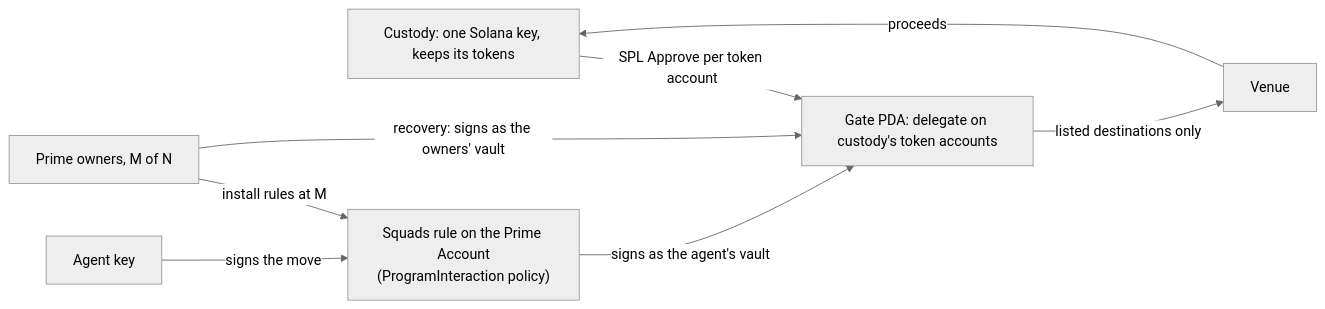
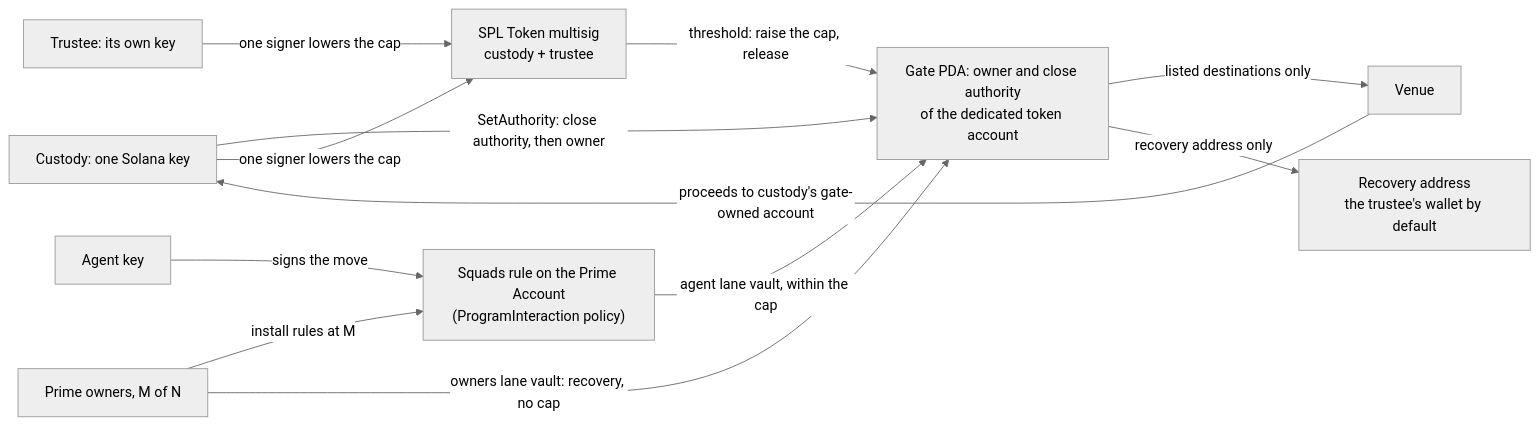
Before and after one commit to untangledfinance/oz-policy-builder: the eighth of 9 diagrams in contracts/prime-session/ARCHITECTURE.md, drawn with Mermaid (neutral theme). The commit also changed other lines of this file and 61 other files, not shown here.

First line of the commit message:
feat(prime-session): gate-owned Solana custody gate, devnet run of prime-session

````diff
--- a/contracts/prime-session/ARCHITECTURE.md
+++ b/contracts/prime-session/ARCHITECTURE.md
@@ -521,16 +523,23 @@
 ```mermaid
 flowchart LR
-  C["Custody: one Solana key, keeps its tokens"]
-  G["Gate PDA: delegate on custody's token accounts"]
+  C["Custody: one Solana key"]
+  TR["Trustee: its own key"]
+  M["SPL Token multisig<br/>custody + trustee"]
+  G["Gate PDA: owner and close authority<br/>of the dedicated token account"]
   Q["Squads rule on the Prime Account<br/>(ProgramInteraction policy)"]
   A[Agent key]
   O["Prime owners, M of N"]
   V[Venue]
-  C -- "SPL Approve per token account" --> G
+  R["Recovery address<br/>the trustee's wallet by default"]
+  C -- "SetAuthority: close authority, then owner" --> G
+  C -- "one signer lowers the cap" --> M
+  TR -- "one signer lowers the cap" --> M
+  M -- "threshold: raise the cap, release" --> G
   O -- "install rules at M" --> Q
   A -- "signs the move" --> Q
-  Q -- "signs as the agent's vault" --> G
-  O -- "recovery: signs as the owners' vault" --> G
+  Q -- "agent lane vault, within the cap" --> G
+  O -- "owners lane vault: recovery, no cap" --> G
   G -- "listed destinations only" --> V
-  V -- "proceeds" --> C
+  V -- "proceeds to custody's gate-owned account" --> C
+  G -- "recovery address only" --> R
 ```
````
